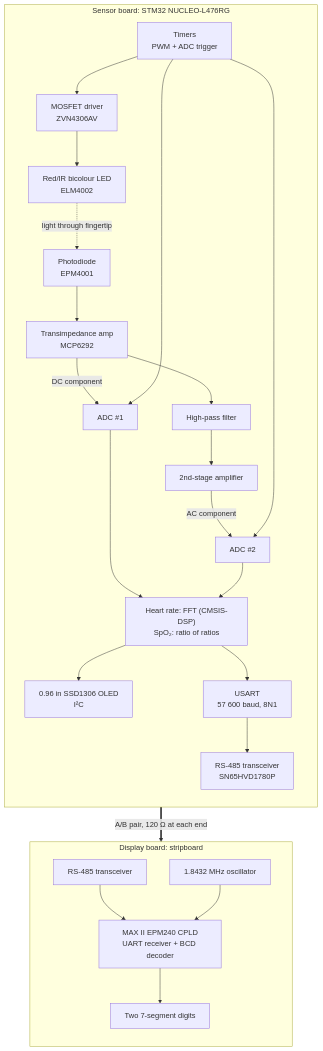
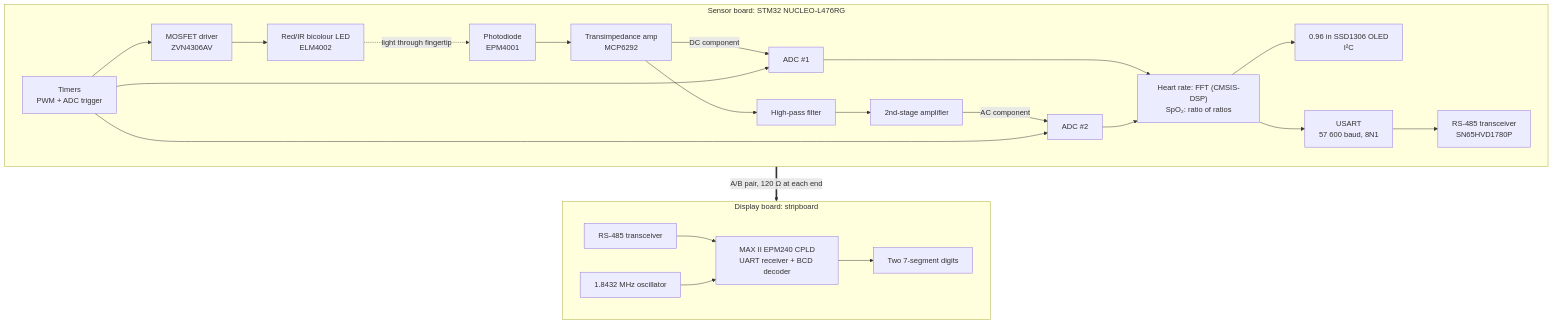
One commit to Onafuwadav/pulse-oximeter changed the first of 2 diagrams in README.md. Above: the diagram before and after it, drawn with Mermaid.

Commit message:
Change flow direction in system overview diagram

````diff
--- a/README.md
+++ b/README.md
@@ -32,27 +32,27 @@
 ```mermaid
-graph TD;
+flowchart TD;
   subgraph S["Sensor board: STM32 NUCLEO-L476RG"]
-    direction TD
+    direction LR
     TIM["Timers<br/>PWM + ADC trigger"] --> DRV["MOSFET driver<br/>ZVN4306AV"]
     DRV --> LED["Red/IR bicolour LED<br/>ELM4002"]
     LED -.->|light through fingertip| PD["Photodiode<br/>EPM4001"]
     PD --> TIA["Transimpedance amp<br/>MCP6292"]
     TIA --> HPF["High-pass filter"] --> G2["2nd-stage amplifier"]
     TIA -->|DC component| ADCD["ADC #1"]
     G2 -->|AC component| ADCA["ADC #2"]
     TIM --> ADCD
     TIM --> ADCA
     ADCD --> DSP["Heart rate: FFT (CMSIS-DSP)<br/>SpO₂: ratio of ratios"]
     ADCA --> DSP
     DSP --> OLED["0.96 in SSD1306 OLED<br/>I²C"]
     DSP --> UART["USART<br/>57 600 baud, 8N1"]
     UART --> TX["RS-485 transceiver<br/>SN65HVD1780P"]
   end
   TX ==>|"A/B pair, 120 Ω at each end"| RX
   subgraph D["Display board: stripboard"]
-    direction TD
+    direction LR
     RX["RS-485 transceiver"] --> CPLD["MAX II EPM240 CPLD<br/>UART receiver + BCD decoder"]
     XO["1.8432 MHz oscillator"] --> CPLD
     CPLD --> SEG["Two 7-segment digits"]
   end
 ```
````
